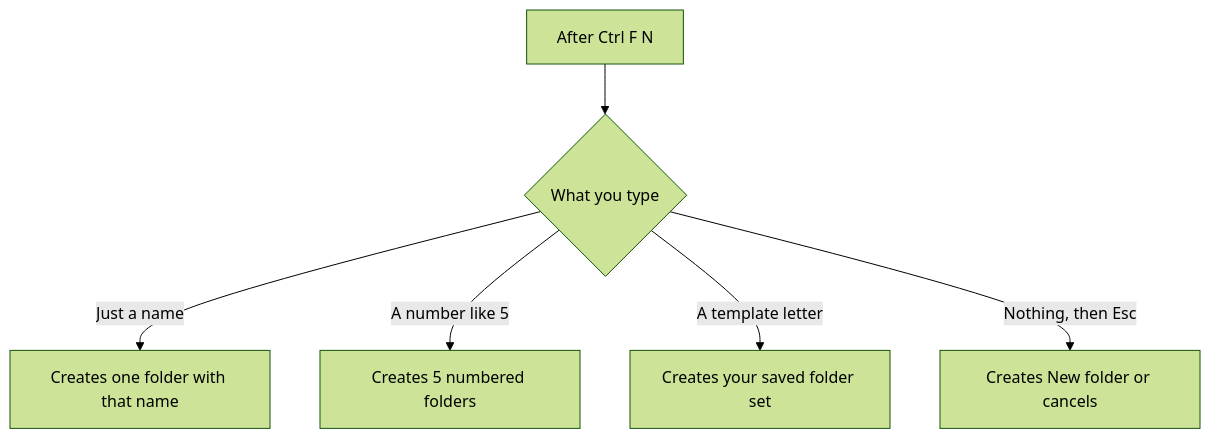
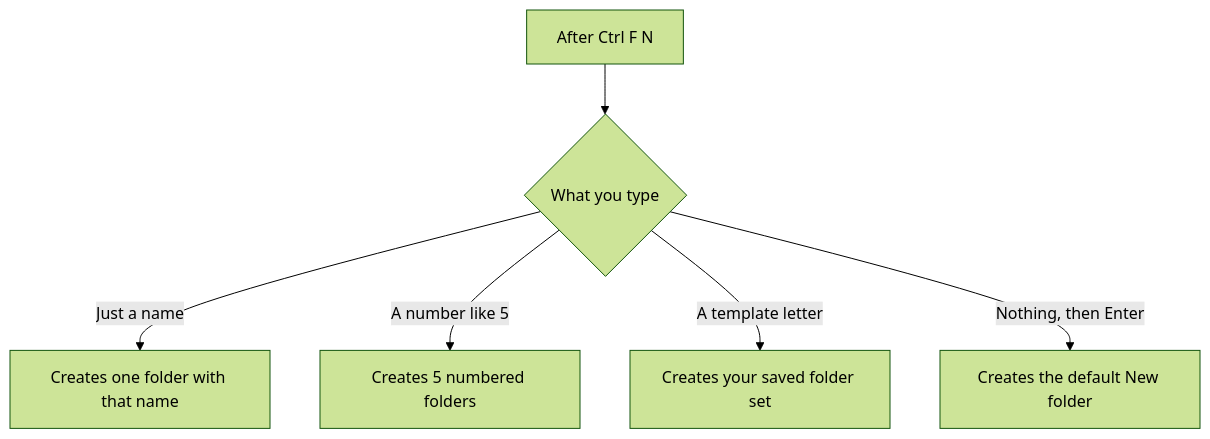
One commit to k-ashix/ctrlg-group changed the second of 3 diagrams in README.md. Above: the diagram before and after it, drawn with Mermaid (forest theme). The commit also changed other lines of this file and 2 other files, not shown here.

````diff
--- a/README.md
+++ b/README.md
@@ -65,8 +65,8 @@
 ```mermaid
 flowchart TD
     S[After Ctrl F N] --> Q{What you type}
     Q -->|Just a name| ONE[Creates one folder with that name]
     Q -->|A number like 5| MANY[Creates 5 numbered folders]
     Q -->|A template letter| TPL[Creates your saved folder set]
-    Q -->|Nothing, then Esc| DEF[Creates New folder or cancels]
+    Q -->|Nothing, then Enter| DEF[Creates the default New folder]
 ```
````
